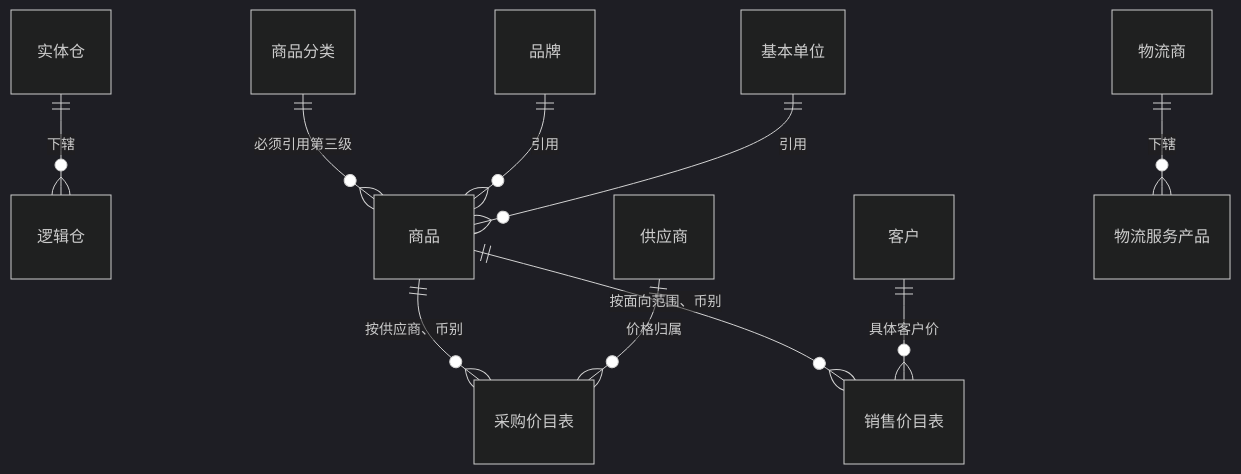
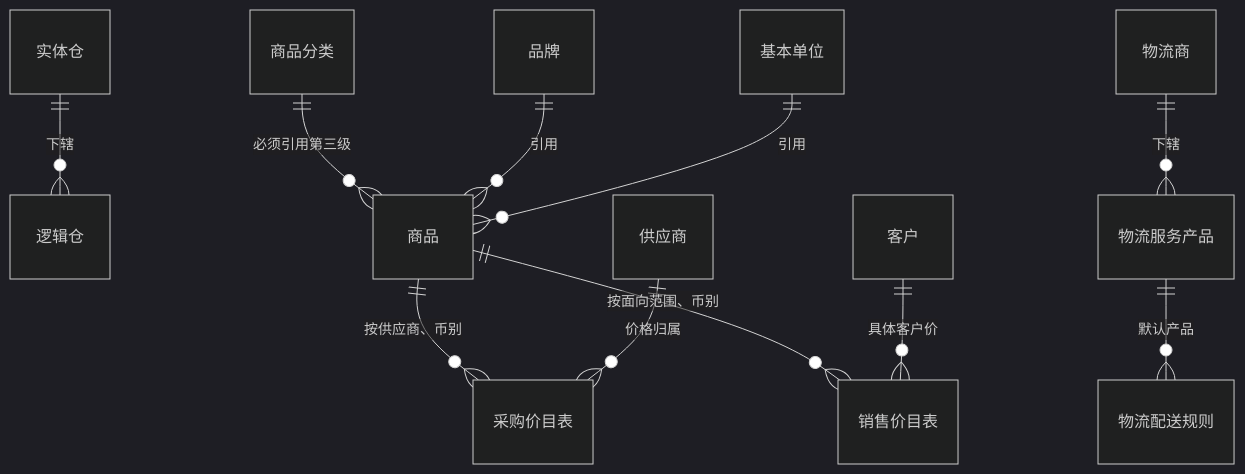
The first of 2 diagrams in 04-产品设计方案/20261014-ERP项目第二版迭代/系统架构和流程/02-实体对象关系.md (TopVitamin/QS-ERP-Project), drawn with Mermaid (dark theme) before and after one commit. The commit also changed other lines of this file and 22 other files, not shown here.

````diff
--- a/04-产品设计方案/20261014-ERP项目第二版迭代/系统架构和流程/02-实体对象关系.md
+++ b/04-产品设计方案/20261014-ERP项目第二版迭代/系统架构和流程/02-实体对象关系.md
@@ -50,12 +57,13 @@
 ```mermaid
 erDiagram
     实体仓 ||--o{ 逻辑仓 : "下辖"
     商品分类 ||--o{ 商品 : "必须引用第三级"
     品牌 ||--o{ 商品 : "引用"
     基本单位 ||--o{ 商品 : "引用"
     商品 ||--o{ 采购价目表 : "按供应商、币别"
     供应商 ||--o{ 采购价目表 : "价格归属"
     商品 ||--o{ 销售价目表 : "按面向范围、币别"
     客户 ||--o{ 销售价目表 : "具体客户价"
     物流商 ||--o{ 物流服务产品 : "下辖"
+    物流服务产品 ||--o{ 物流配送规则 : "默认产品"
 ```
````
